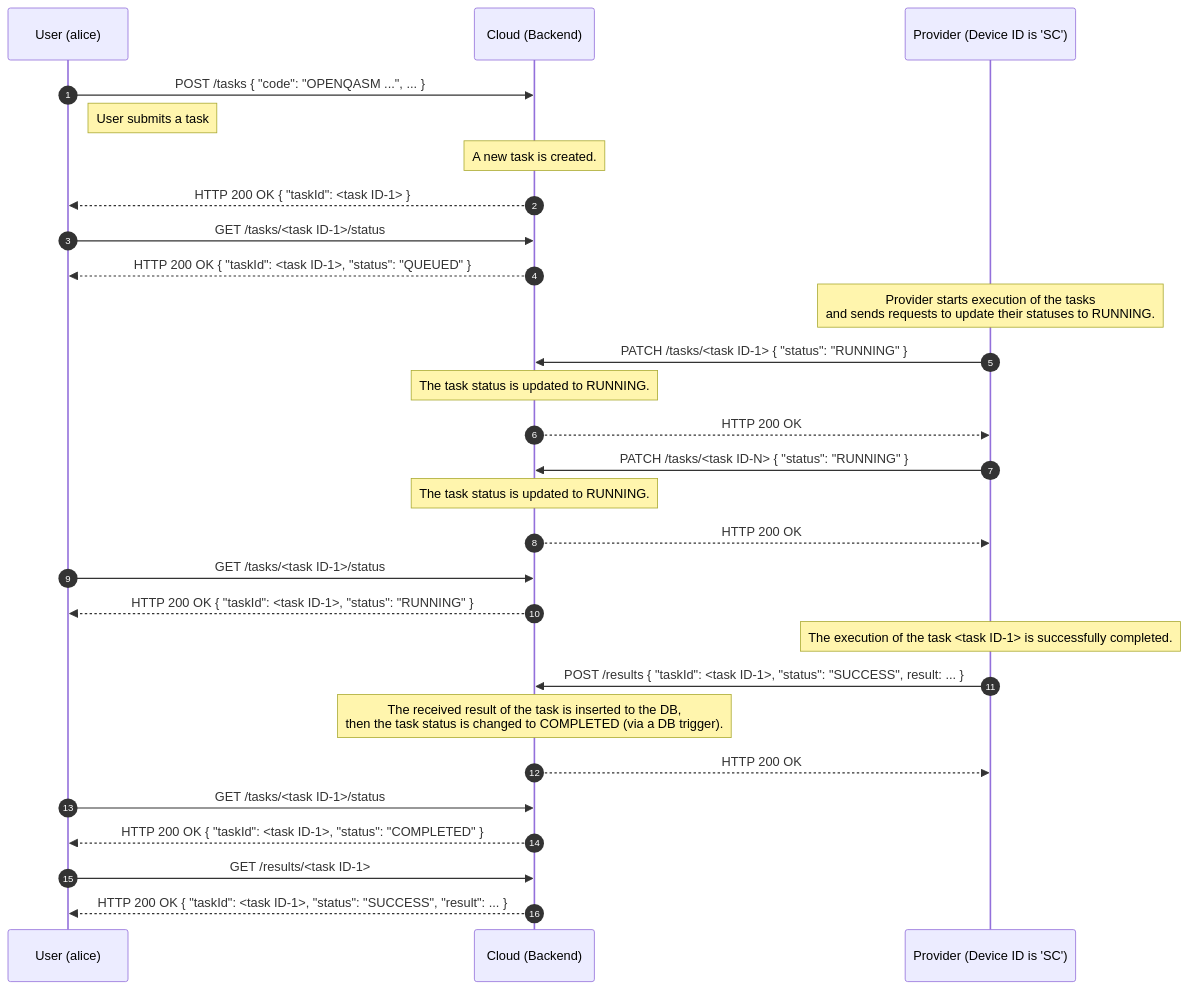
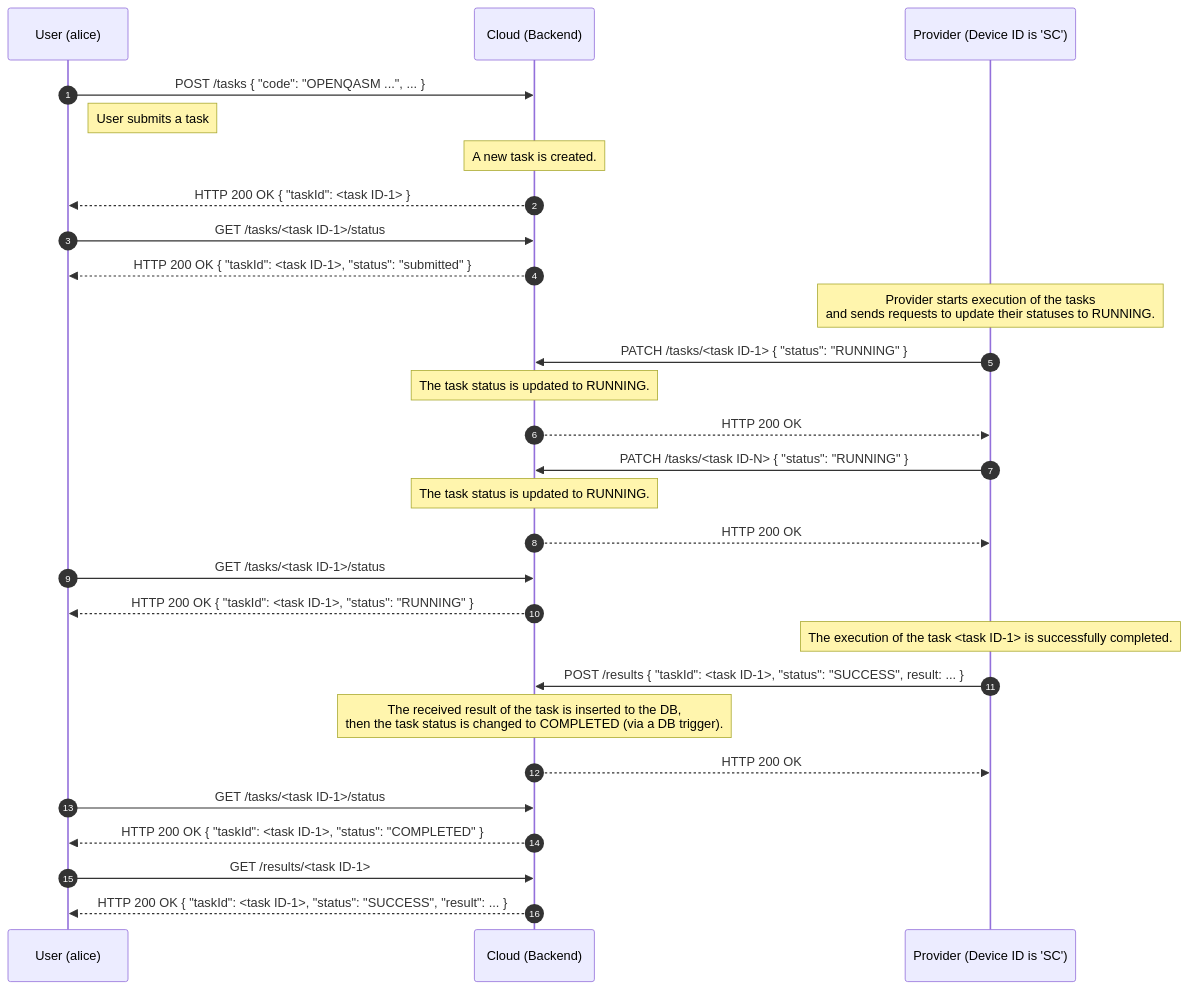
The first of 3 diagrams in docs/ja/architecture/sequence_diagram.md (oqtopus-team/oqtopus-cloud), drawn with Mermaid before and after one commit. The commit also changed other lines of this file and 79 other files, not shown here.

Commit message:
refactor: Revise job schemas  (#43)

````diff
--- a/docs/ja/architecture/sequence_diagram.md
+++ b/docs/ja/architecture/sequence_diagram.md
@@ -16,38 +16,38 @@
 ```mermaid
 sequenceDiagram
     autonumber
     participant User as User (alice)
     participant Cloud as Cloud (Backend)
     participant Provider as Provider (Device ID is 'SC')
 
     User->>Cloud: POST /tasks { "code": "OPENQASM ...", ... }
     Note right of User: User submits a task
     Note over Cloud: A new task is created.
     Cloud-->>User: HTTP 200 OK { "taskId": <task ID-1> }
 
     User->>Cloud: GET /tasks/<task ID-1>/status
-    Cloud-->>User: HTTP 200 OK { "taskId": <task ID-1>, "status": "QUEUED" }
+    Cloud-->>User: HTTP 200 OK { "taskId": <task ID-1>, "status": "submitted" }
 
     Note over Provider: Provider starts execution of the tasks<br>and sends requests to update their statuses to RUNNING.
     Provider->>Cloud: PATCH /tasks/<task ID-1> { "status": "RUNNING" }
     Note over Cloud: The task status is updated to RUNNING.
     Cloud-->>Provider: HTTP 200 OK
 
     Provider->>Cloud: PATCH /tasks/<task ID-N> { "status": "RUNNING" }
     Note over Cloud: The task status is updated to RUNNING.
     Cloud-->>Provider: HTTP 200 OK
 
     User->>Cloud: GET /tasks/<task ID-1>/status
     Cloud-->>User: HTTP 200 OK { "taskId": <task ID-1>, "status": "RUNNING" }
     Note over Provider: The execution of the task <task ID-1> is successfully completed.
     Provider->>Cloud: POST /results { "taskId": <task ID-1>, "status": "SUCCESS", result: ... }
 
     Note over Cloud: The received result of the task is inserted to the DB,<br> then the task status is changed to COMPLETED (via a DB trigger).
     Cloud-->>Provider: HTTP 200 OK
 
     User->>Cloud: GET /tasks/<task ID-1>/status
     Cloud-->>User: HTTP 200 OK { "taskId": <task ID-1>, "status": "COMPLETED" }
 
     User->>Cloud: GET /results/<task ID-1>
     Cloud-->>User: HTTP 200 OK { "taskId": <task ID-1>, "status": "SUCCESS", "result": ... }
 ```
````
